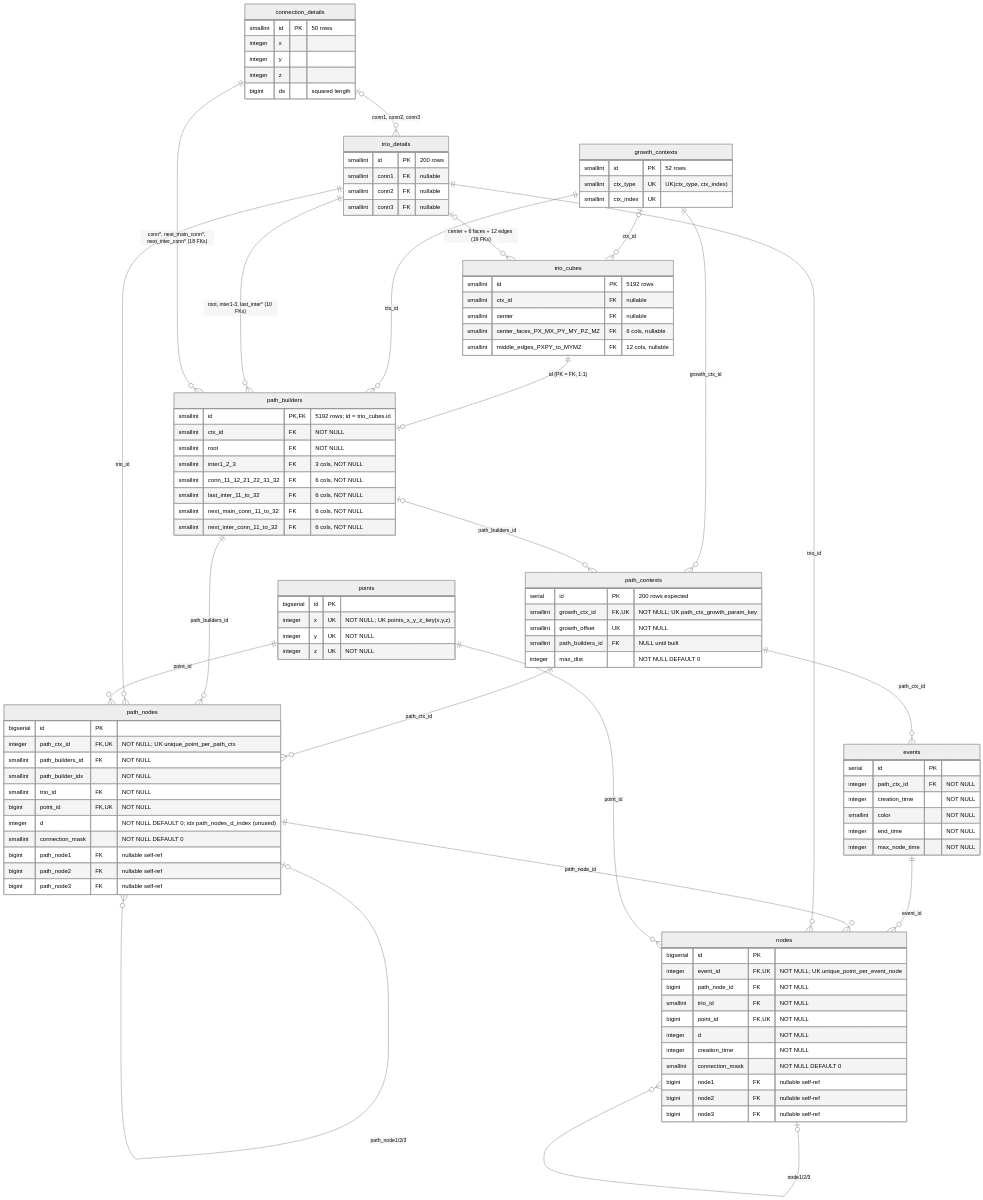
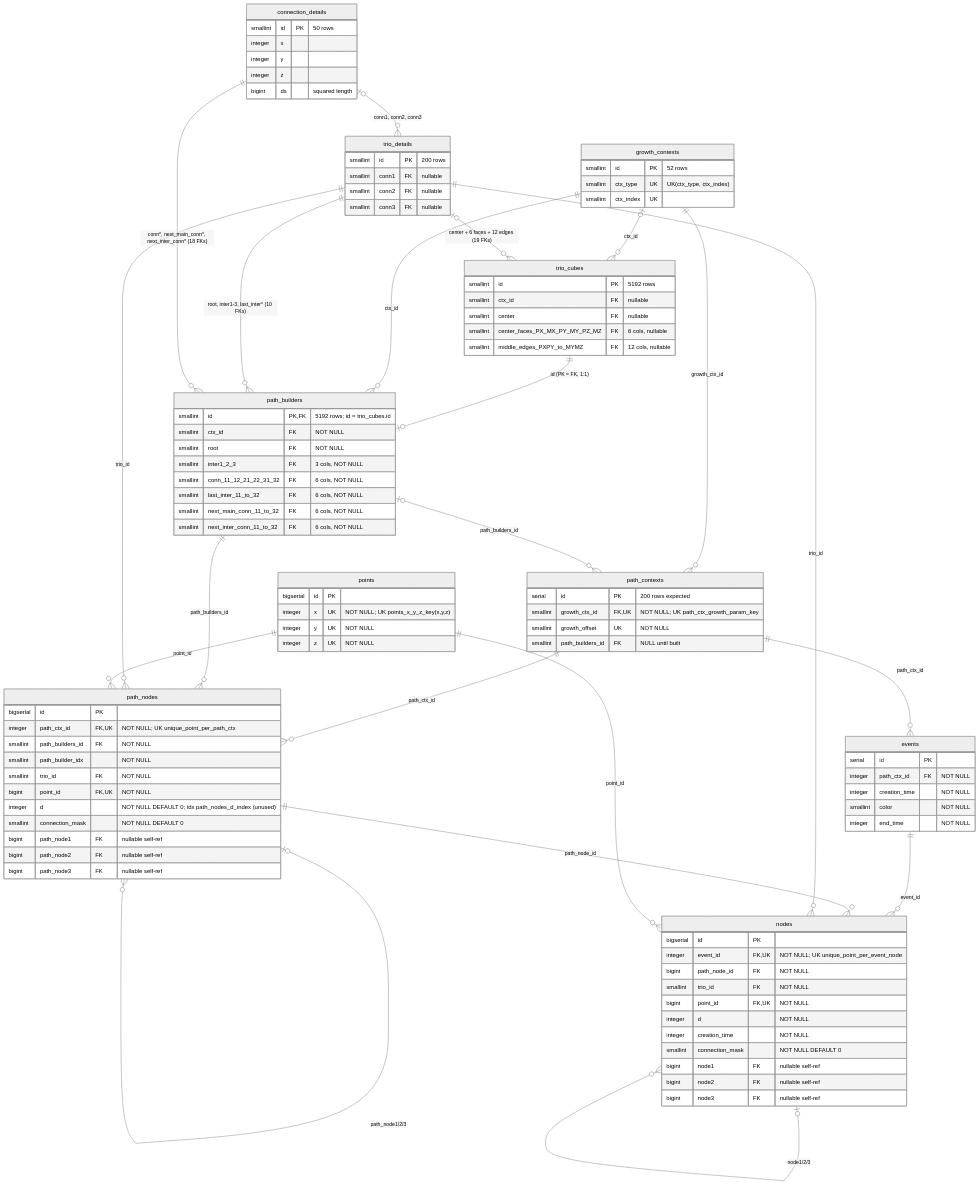
Before and after one commit to freddy33/qsm-go: the diagram in docs/db/qsm-db.mmd, drawn with Mermaid (neutral theme). The commit also changed 13 other files, not shown here.

```diff
--- a/docs/db/qsm-db.mmd
+++ b/docs/db/qsm-db.mmd
@@ -1,113 +1,112 @@
 %% Rust Iceberg tables under data/<simulation>/. Static pointdb tables are in memory.
-%% Go Postgres still has a spaces table and events.space_id; Rust dropped both.
+%% Go Postgres still has a spaces table, events.space_id, path_contexts.max_dist,
+%% and events.max_node_time. Rust dropped all of those.
 %% One simulation folder is one space. Solid lines are the logical references.
 erDiagram
     %% ---------- backend/pointdb : static reference data (fixed row counts) ----------
     connection_details {
         smallint id PK "50 rows"
         integer x
         integer y
         integer z
         bigint ds "squared length"
     }
     trio_details {
         smallint id PK "200 rows"
         smallint conn1 FK "nullable"
         smallint conn2 FK "nullable"
         smallint conn3 FK "nullable"
     }
     growth_contexts {
         smallint id PK "52 rows"
         smallint ctx_type UK "UK(ctx_type, ctx_index)"
         smallint ctx_index UK
     }
     trio_cubes {
         smallint id PK "5192 rows"
         smallint ctx_id FK "nullable"
         smallint center FK "nullable"
         smallint center_faces_PX_MX_PY_MY_PZ_MZ FK "6 cols, nullable"
         smallint middle_edges_PXPY_to_MYMZ FK "12 cols, nullable"
     }
     path_builders {
         smallint id PK,FK "5192 rows; id = trio_cubes.id"
         smallint ctx_id FK "NOT NULL"
         smallint root FK "NOT NULL"
         smallint inter1_2_3 FK "3 cols, NOT NULL"
         smallint conn_11_12_21_22_31_32 FK "6 cols, NOT NULL"
         smallint last_inter_11_to_32 FK "6 cols, NOT NULL"
         smallint next_main_conn_11_to_32 FK "6 cols, NOT NULL"
         smallint next_inter_conn_11_to_32 FK "6 cols, NOT NULL"
     }
     %% ---------- backend/pathdb : growth paths ----------
     points {
         bigserial id PK
         integer x UK "NOT NULL; UK points_x_y_z_key(x,y,z)"
         integer y UK "NOT NULL"
         integer z UK "NOT NULL"
     }
     path_contexts {
         serial id PK "200 rows expected"
         smallint growth_ctx_id FK,UK "NOT NULL; UK path_ctx_growth_param_key"
         smallint growth_offset UK "NOT NULL"
         smallint path_builders_id FK "NULL until built"
-        integer max_dist "NOT NULL DEFAULT 0"
     }
     path_nodes {
         bigserial id PK
         integer path_ctx_id FK,UK "NOT NULL; UK unique_point_per_path_ctx"
         smallint path_builders_id FK "NOT NULL"
         smallint path_builder_idx "NOT NULL"
         smallint trio_id FK "NOT NULL"
         bigint point_id FK,UK "NOT NULL"
         integer d "NOT NULL DEFAULT 0; idx path_nodes_d_index (unused)"
         smallint connection_mask "NOT NULL DEFAULT 0"
         bigint path_node1 FK "nullable self-ref"
         bigint path_node2 FK "nullable self-ref"
         bigint path_node3 FK "nullable self-ref"
     }
     %% ---------- backend/spacedb : simulation runs ----------
     events {
         serial id PK
         integer path_ctx_id FK "NOT NULL"
         integer creation_time "NOT NULL"
         smallint color "NOT NULL"
         integer end_time "NOT NULL"
-        integer max_node_time "NOT NULL"
     }
     nodes {
         bigserial id PK
         integer event_id FK,UK "NOT NULL; UK unique_point_per_event_node"
         bigint path_node_id FK "NOT NULL"
         smallint trio_id FK "NOT NULL"
         bigint point_id FK,UK "NOT NULL"
         integer d "NOT NULL"
         integer creation_time "NOT NULL"
         smallint connection_mask "NOT NULL DEFAULT 0"
         bigint node1 FK "nullable self-ref"
         bigint node2 FK "nullable self-ref"
         bigint node3 FK "nullable self-ref"
     }
 
     %% pointdb
     connection_details |o--o{ trio_details : "conn1, conn2, conn3"
     growth_contexts |o--o{ trio_cubes : "ctx_id"
     trio_details |o--o{ trio_cubes : "center + 6 faces + 12 edges (19 FKs)"
     trio_cubes ||--o| path_builders : "id (PK = FK, 1:1)"
     growth_contexts ||--o{ path_builders : "ctx_id"
     trio_details ||--o{ path_builders : "root, inter1-3, last_inter* (10 FKs)"
     connection_details ||--o{ path_builders : "conn*, next_main_conn*, next_inter_conn* (18 FKs)"
     %% pathdb
     growth_contexts ||--o{ path_contexts : "growth_ctx_id"
     path_builders |o--o{ path_contexts : "path_builders_id"
     path_contexts ||--o{ path_nodes : "path_ctx_id"
     path_builders ||--o{ path_nodes : "path_builders_id"
     trio_details ||--o{ path_nodes : "trio_id"
     points ||--o{ path_nodes : "point_id"
     path_nodes |o--o{ path_nodes : "path_node1/2/3"
     %% spacedb
     path_contexts ||--o{ events : "path_ctx_id"
     events ||--o{ nodes : "event_id"
     path_nodes ||--o{ nodes : "path_node_id"
     trio_details ||--o{ nodes : "trio_id"
     points ||--o{ nodes : "point_id"
     nodes |o--o{ nodes : "node1/2/3"
```
